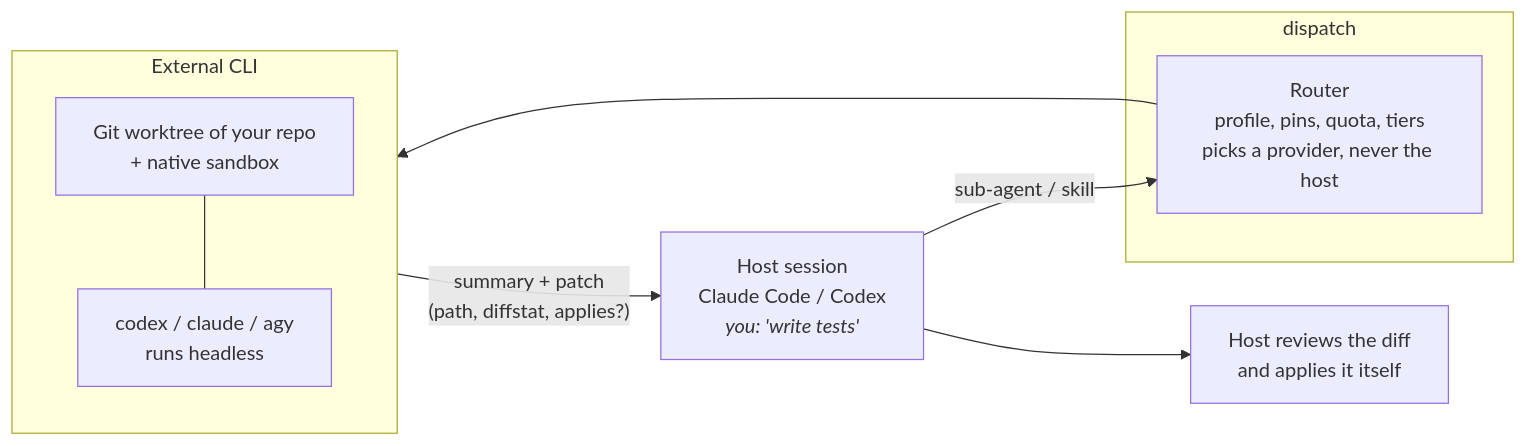
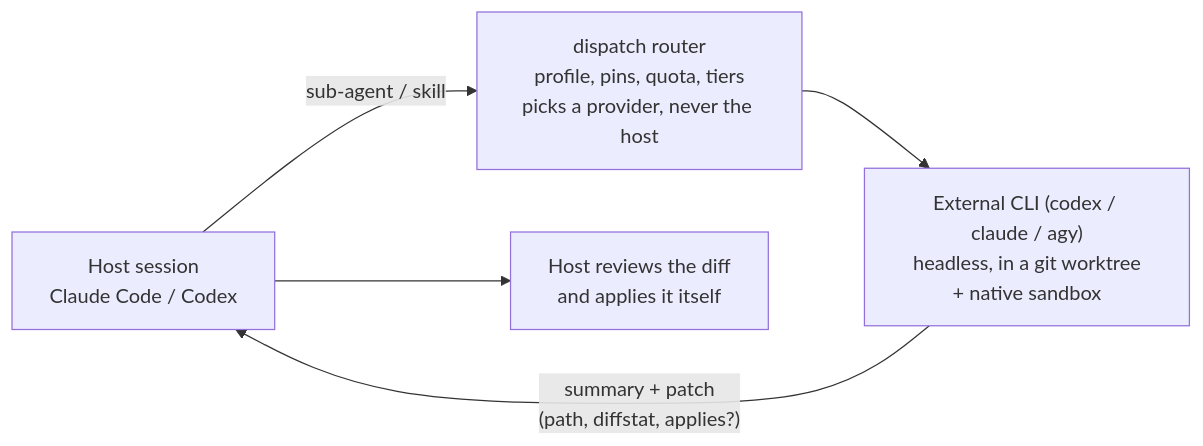
One commit to dragonfly25/dispatch changed the diagram in README.md. Above: the diagram before and after it, drawn with Mermaid. The commit also changed other lines of this file and 1 other file, not shown here.

````diff
--- a/README.md
+++ b/README.md
@@ -34,16 +33,9 @@
 ```mermaid
 flowchart LR
-    host["Host session<br/>Claude Code / Codex<br/><i>you: 'write tests'</i>"]
-    subgraph D["dispatch"]
-        router["Router<br/>profile, pins, quota, tiers<br/>picks a provider, never the host"]
-    end
-    subgraph X["External CLI"]
-        wt["Git worktree of your repo<br/>+ native sandbox"]
-        cli["codex / claude / agy<br/>runs headless"]
-        wt --- cli
-    end
-    host -- "sub-agent / skill" --> router
-    router --> X
-    X -- "summary + patch<br/>(path, diffstat, applies?)" --> host
+    host["Host session<br/>Claude Code / Codex"]
+    router["dispatch router<br/>profile, pins, quota, tiers<br/>picks a provider, never the host"]
+    ext["External CLI (codex / claude / agy)<br/>headless, in a git worktree<br/>+ native sandbox"]
+    host -- "sub-agent / skill" --> router --> ext
+    ext -- "summary + patch<br/>(path, diffstat, applies?)" --> host
     host --> review["Host reviews the diff<br/>and applies it itself"]
 ```
````
